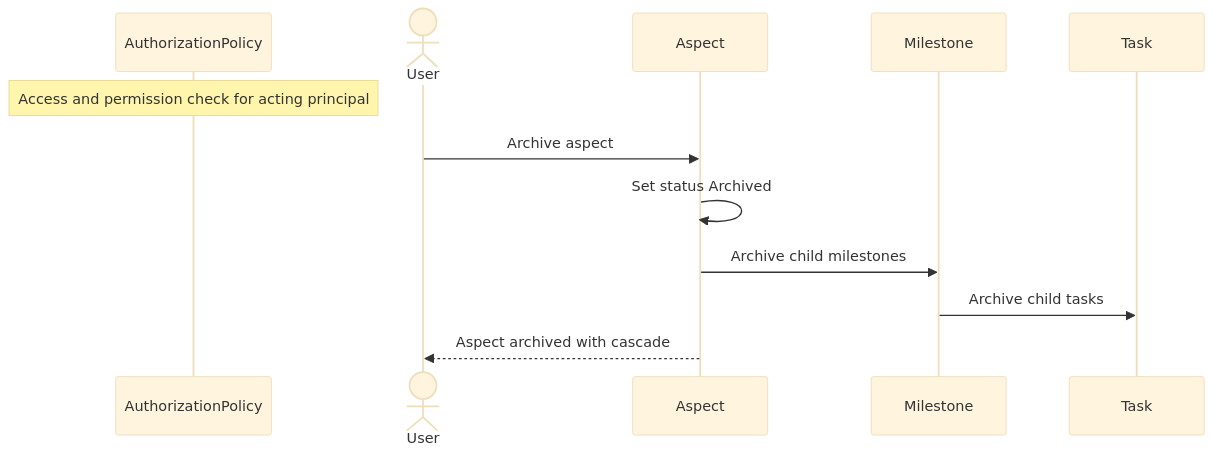
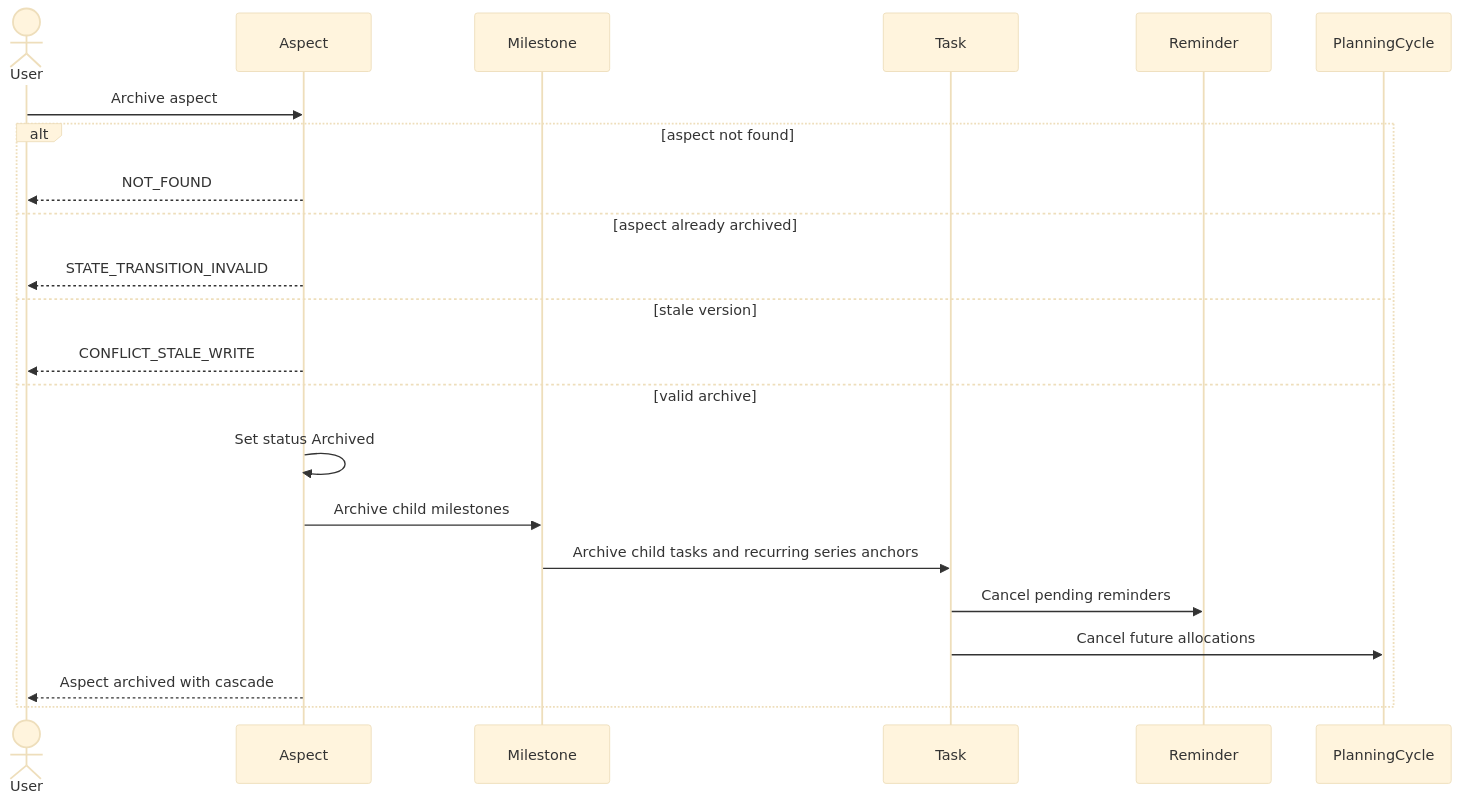
Before and after one commit to ChidiRnweke/margin: the fourth of 13 diagrams in architecture/sequence-diagrams/02-aspects-milestones.md, drawn with Mermaid (base theme). The commit also changed other lines of this file and 12 other files, not shown here.

Commit message:
Enhance sequence diagrams and introduce traceability matrix

````diff
--- a/architecture/sequence-diagrams/02-aspects-milestones.md
+++ b/architecture/sequence-diagrams/02-aspects-milestones.md
@@ -54,14 +72,24 @@
 ```mermaid
 sequenceDiagram
-    participant G as AuthorizationPolicy
-    Note over G: Access and permission check for acting principal
     actor U as User
     participant A as Aspect
     participant M as Milestone
     participant T as Task
+    participant R as Reminder
+    participant P as PlanningCycle
     U->>A: Archive aspect
-    A->>A: Set status Archived
-    A->>M: Archive child milestones
-    M->>T: Archive child tasks
-    A-->>U: Aspect archived with cascade
+    alt aspect not found
+        A-->>U: NOT_FOUND
+    else aspect already archived
+        A-->>U: STATE_TRANSITION_INVALID
+    else stale version
+        A-->>U: CONFLICT_STALE_WRITE
+    else valid archive
+        A->>A: Set status Archived
+        A->>M: Archive child milestones
+        M->>T: Archive child tasks and recurring series anchors
+        T->>R: Cancel pending reminders
+        T->>P: Cancel future allocations
+        A-->>U: Aspect archived with cascade
+    end
 ```
````
